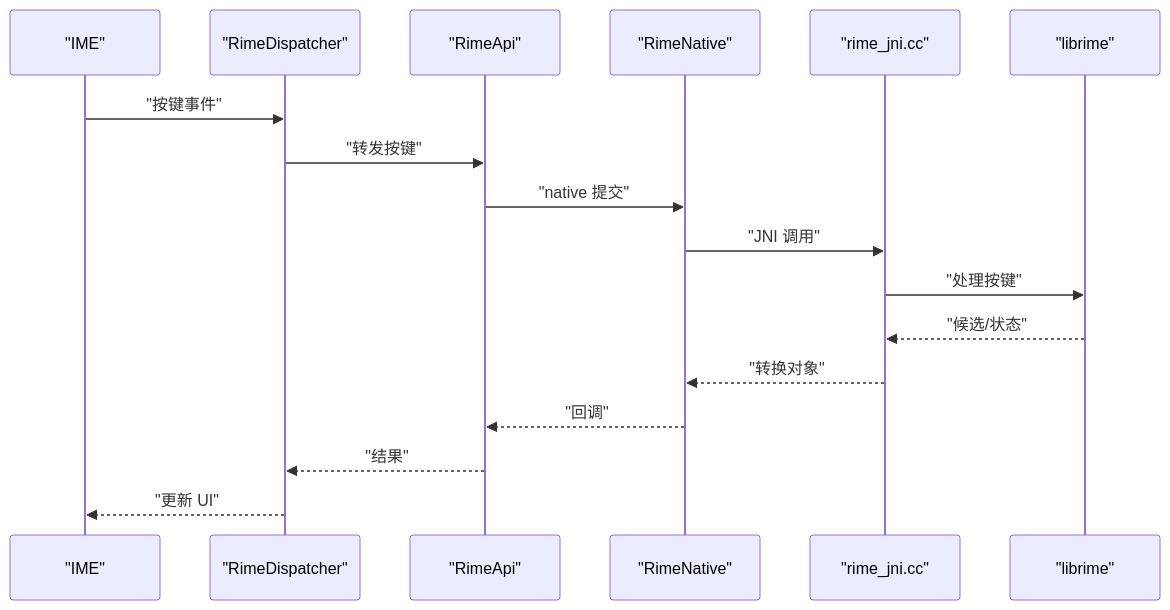
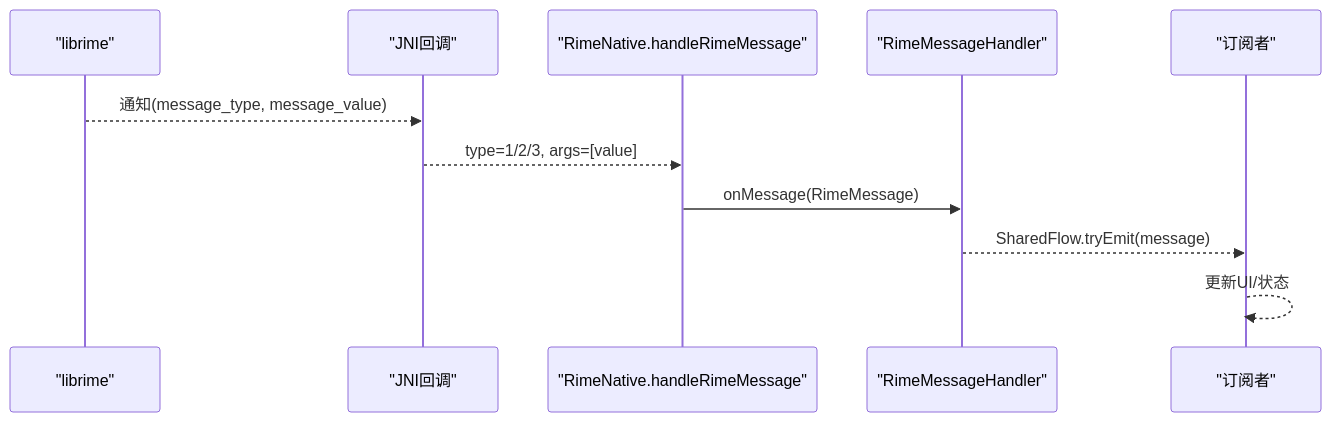
One commit to qiaodashaoye/ziyou-ime changed the seventh of 8 diagrams in .qoder/repowiki/zh/content/Rime 引擎集成/Rime 引擎集成.md. Above: the diagram before and after it, drawn with Mermaid. The commit also changed other lines of this file and 407 other files, not shown here.

````diff
--- a/.qoder/repowiki/zh/content/Rime 引擎集成/Rime 引擎集成.md
+++ b/.qoder/repowiki/zh/content/Rime 引擎集成/Rime 引擎集成.md
@@ -273,19 +374,13 @@
 ```mermaid
 sequenceDiagram
-participant IME as "IME"
-participant Disp as "RimeDispatcher"
-participant API as "RimeApi"
-participant Nat as "RimeNative"
-participant JN as "rime_jni.cc"
-participant Eng as "librime"
-IME->>Disp : "按键事件"
-Disp->>API : "转发按键"
-API->>Nat : "native 提交"
-Nat->>JN : "JNI 调用"
-JN->>Eng : "处理按键"
-Eng-->>JN : "候选/状态"
-JN-->>Nat : "转换对象"
-Nat-->>API : "回调"
-API-->>Disp : "结果"
-Disp-->>IME : "更新 UI"
+participant Lib as "librime"
+participant JNI as "JNI回调"
+participant Nat as "RimeNative.handleRimeMessage"
+participant Handler as "RimeMessageHandler"
+participant UI as "订阅者"
+Lib-->>JNI : 通知(message_type, message_value)
+JNI-->>Nat : type=1/2/3, args=[value]
+Nat->>Handler : onMessage(RimeMessage)
+Handler-->>UI : SharedFlow.tryEmit(message)
+UI-->>UI : 更新UI/状态
 ```
````
